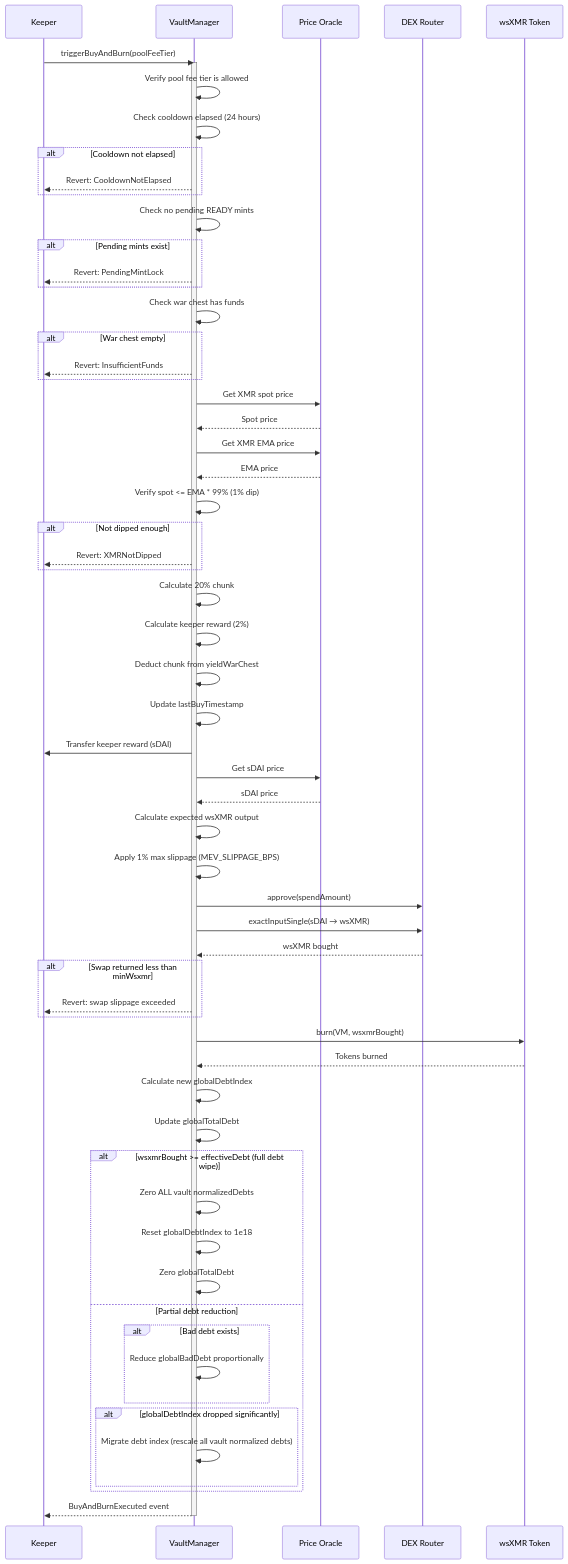
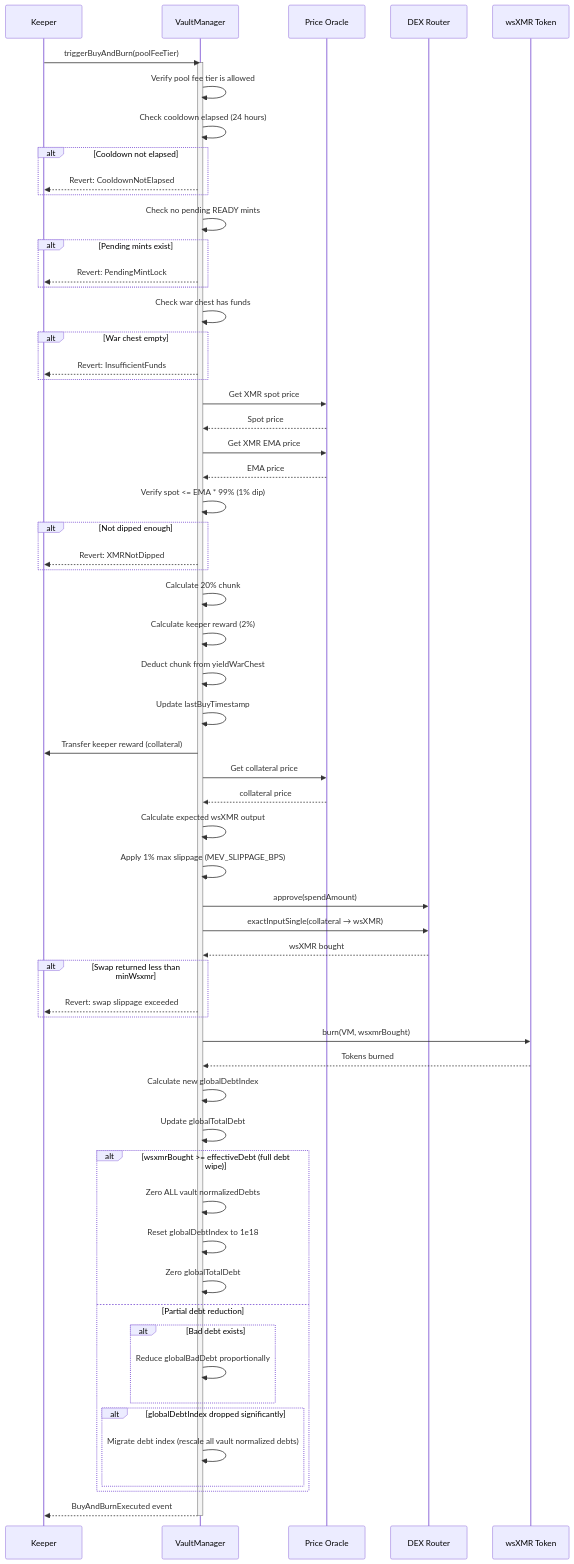
One commit to madschristensen99/wrapsynth changed diagram 15 of 27 in docs/sequenceDiagrams.md. Above: the diagram before and after it, drawn with Mermaid. The commit also changed other lines of this file and 1 other file, not shown here.

First line of the commit message:
Fix Mermaid parse errors + generalize docs to chain-agnostic terms

````diff
--- a/docs/sequenceDiagrams.md
+++ b/docs/sequenceDiagrams.md
@@ -841,79 +841,79 @@
 ```mermaid
 sequenceDiagram
     participant Keeper
     participant VM as VaultManager
     participant Oracle as Price Oracle
     participant DEX as DEX Router
     participant Token as wsXMR Token
 
     Keeper->>VM: triggerBuyAndBurn(poolFeeTier)
     activate VM
     
     VM->>VM: Verify pool fee tier is allowed
     VM->>VM: Check cooldown elapsed (24 hours)
     alt Cooldown not elapsed
         VM-->>Keeper: Revert: CooldownNotElapsed
     end
     
     VM->>VM: Check no pending READY mints
     alt Pending mints exist
         VM-->>Keeper: Revert: PendingMintLock
     end
     
     VM->>VM: Check war chest has funds
     alt War chest empty
         VM-->>Keeper: Revert: InsufficientFunds
     end
     
     VM->>Oracle: Get XMR spot price
     Oracle-->>VM: Spot price
     VM->>Oracle: Get XMR EMA price
     Oracle-->>VM: EMA price
     
     VM->>VM: Verify spot <= EMA * 99% (1% dip)
     alt Not dipped enough
         VM-->>Keeper: Revert: XMRNotDipped
     end
     
     VM->>VM: Calculate 20% chunk
     VM->>VM: Calculate keeper reward (2%)
     
     VM->>VM: Deduct chunk from yieldWarChest
     VM->>VM: Update lastBuyTimestamp
     
-    VM->>Keeper: Transfer keeper reward (sDAI)
+    VM->>Keeper: Transfer keeper reward (collateral)
     
-    VM->>Oracle: Get sDAI price
-    Oracle-->>VM: sDAI price
+    VM->>Oracle: Get collateral price
+    Oracle-->>VM: collateral price
     VM->>VM: Calculate expected wsXMR output
     VM->>VM: Apply 1% max slippage (MEV_SLIPPAGE_BPS)
     
     VM->>DEX: approve(spendAmount)
-    VM->>DEX: exactInputSingle(sDAI → wsXMR)
+    VM->>DEX: exactInputSingle(collateral → wsXMR)
     DEX-->>VM: wsXMR bought
     alt Swap returned less than minWsxmr
         VM-->>Keeper: Revert: swap slippage exceeded
     end
     
     VM->>Token: burn(VM, wsxmrBought)
     Token-->>VM: Tokens burned
     
     VM->>VM: Calculate new globalDebtIndex
     VM->>VM: Update globalTotalDebt
     
     alt wsxmrBought >= effectiveDebt (full debt wipe)
         VM->>VM: Zero ALL vault normalizedDebts
         VM->>VM: Reset globalDebtIndex to 1e18
         VM->>VM: Zero globalTotalDebt
     else Partial debt reduction
         alt Bad debt exists
             VM->>VM: Reduce globalBadDebt proportionally
         end
         alt globalDebtIndex dropped significantly
             VM->>VM: Migrate debt index (rescale all vault normalized debts)
         end
     end
     
     VM-->>Keeper: BuyAndBurnExecuted event
     deactivate VM
 ```
````
